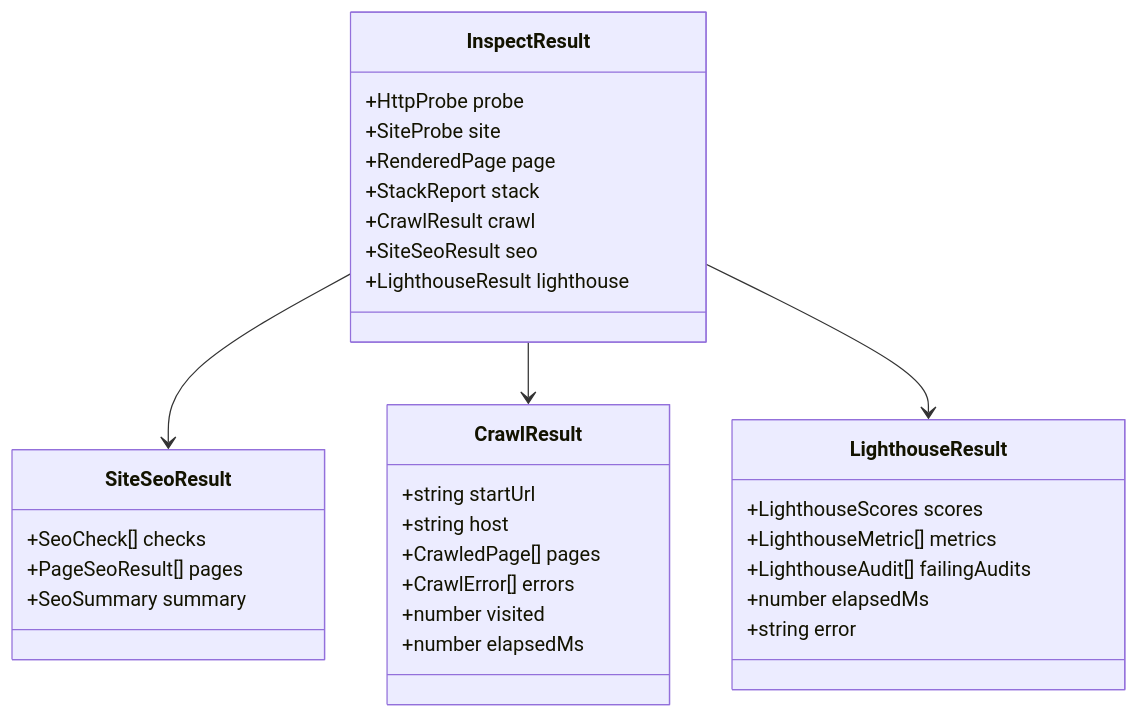
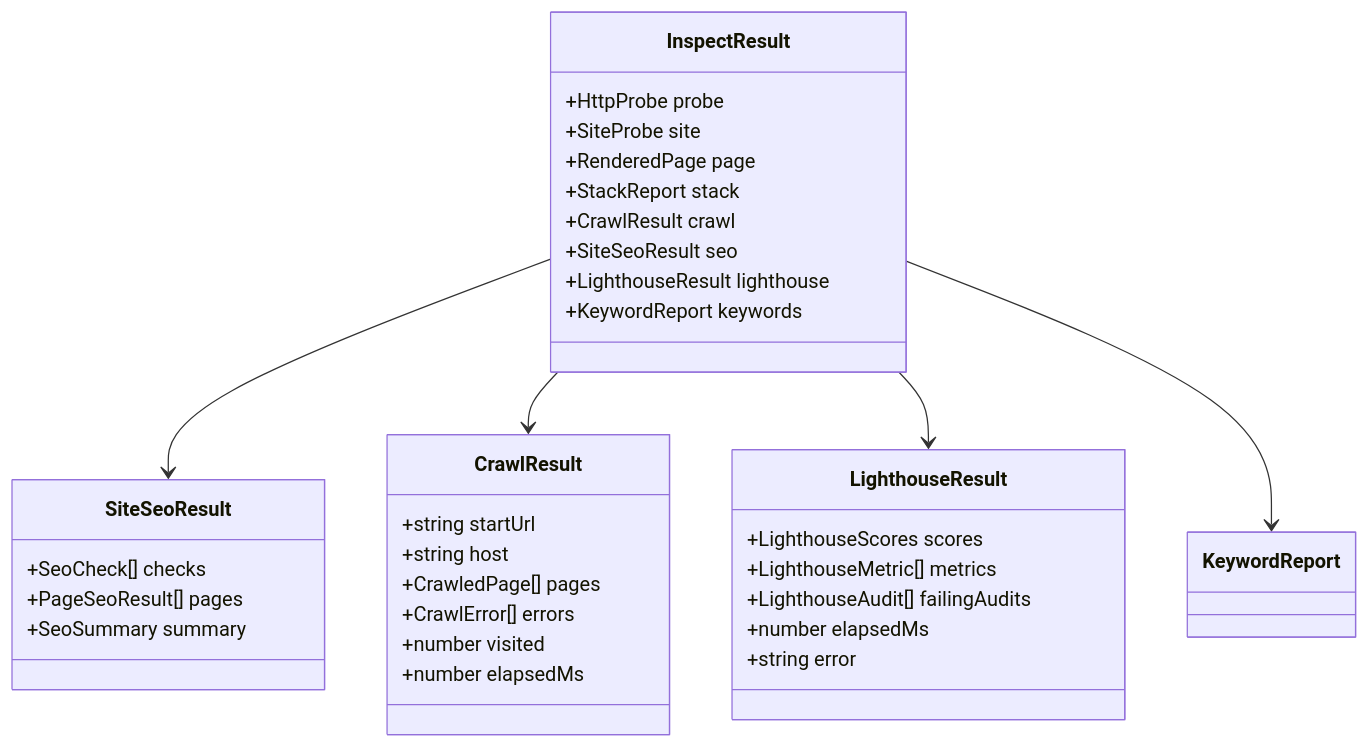
Before and after one commit to Neshomago/seo-audit: the third of 3 diagrams in docs/ARCHITECTURE.md, drawn with Mermaid. The commit also changed other lines of this file and 6 other files, not shown here.

````diff
--- a/docs/ARCHITECTURE.md
+++ b/docs/ARCHITECTURE.md
@@ -248,35 +273,37 @@
 ```mermaid
 classDiagram
   class InspectResult {
     +HttpProbe probe
     +SiteProbe site
     +RenderedPage page
     +StackReport stack
     +CrawlResult crawl
     +SiteSeoResult seo
     +LighthouseResult lighthouse
+    +KeywordReport keywords
   }
   class SiteSeoResult {
     +SeoCheck[] checks
     +PageSeoResult[] pages
     +SeoSummary summary
   }
   class CrawlResult {
     +string startUrl
     +string host
     +CrawledPage[] pages
     +CrawlError[] errors
     +number visited
     +number elapsedMs
   }
   class LighthouseResult {
     +LighthouseScores scores
     +LighthouseMetric[] metrics
     +LighthouseAudit[] failingAudits
     +number elapsedMs
     +string error
   }
   InspectResult --> SiteSeoResult
   InspectResult --> CrawlResult
   InspectResult --> LighthouseResult
+  InspectResult --> KeywordReport
 ```
````
